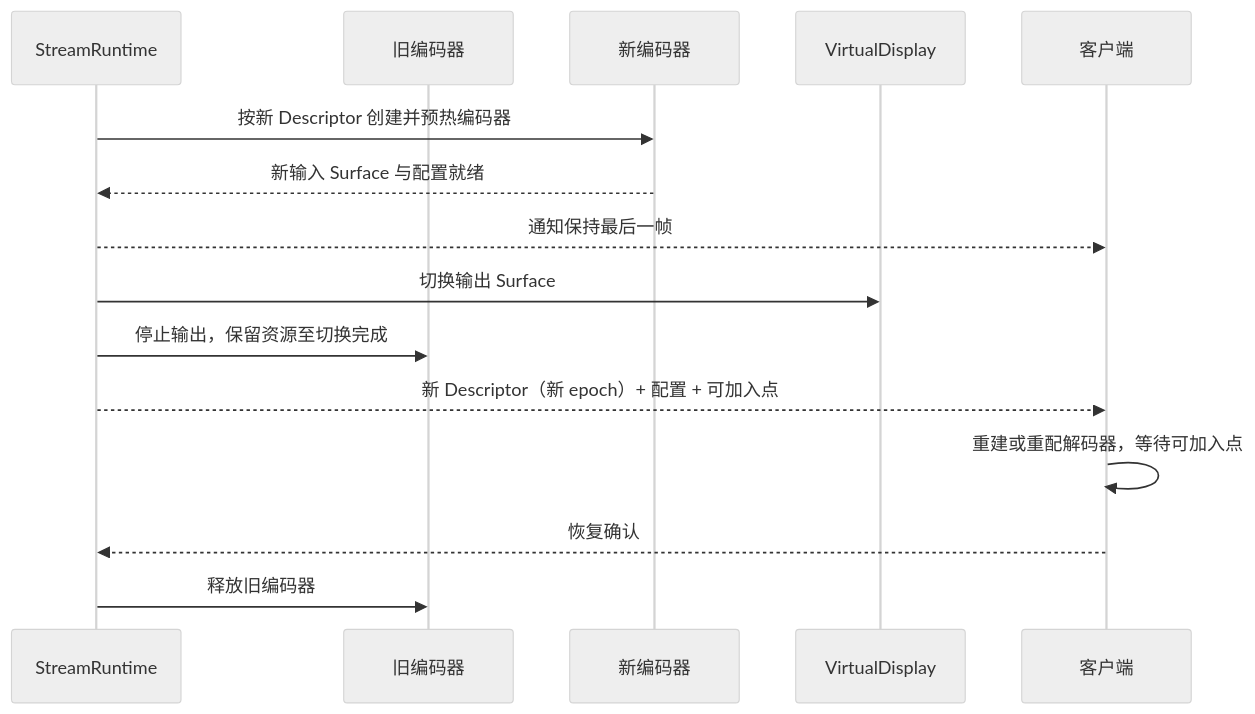
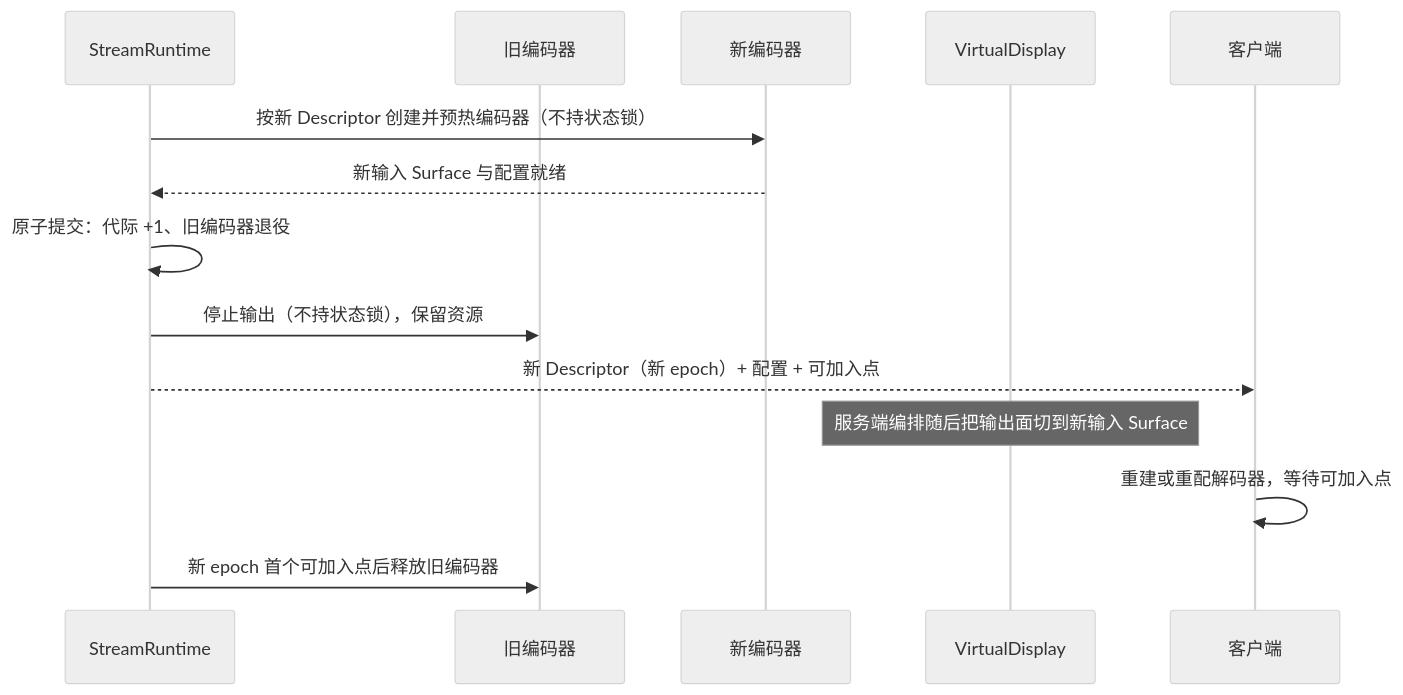
One commit to obby-xiang/LocalScreenShareAndroid changed the ninth of 9 diagrams in docs/codec-framework.md. Above: the diagram before and after it, drawn with Mermaid (neutral theme). The commit also changed other lines of this file and 5 other files, not shown here.

````diff
--- a/docs/codec-framework.md
+++ b/docs/codec-framework.md
@@ -390,18 +390,17 @@
 ```mermaid
 sequenceDiagram
     participant R as StreamRuntime
     participant E1 as 旧编码器
     participant E2 as 新编码器
     participant VD as VirtualDisplay
     participant C as 客户端
 
-    R->>E2: 按新 Descriptor 创建并预热编码器
+    R->>E2: 按新 Descriptor 创建并预热编码器（不持状态锁）
     E2-->>R: 新输入 Surface 与配置就绪
-    R-->>C: 通知保持最后一帧
-    R->>VD: 切换输出 Surface
-    R->>E1: 停止输出，保留资源至切换完成
+    R->>R: 原子提交：代际 +1、旧编码器退役
+    R->>E1: 停止输出（不持状态锁），保留资源
     R-->>C: 新 Descriptor（新 epoch）+ 配置 + 可加入点
+    Note over VD: 服务端编排随后把输出面切到新输入 Surface
     C->>C: 重建或重配解码器，等待可加入点
-    C-->>R: 恢复确认
-    R->>E1: 释放旧编码器
+    R->>E1: 新 epoch 首个可加入点后释放旧编码器
 ```
````
